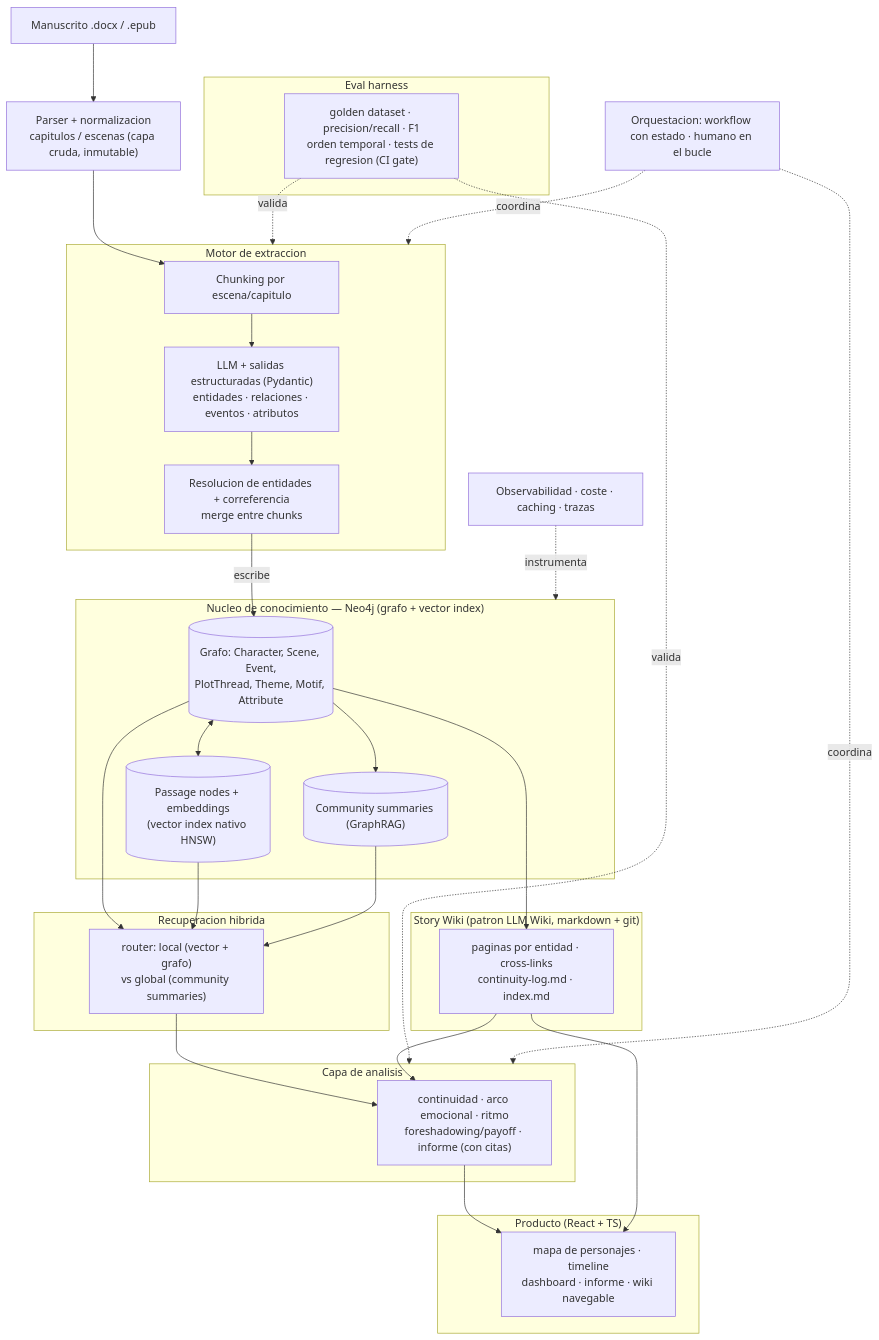
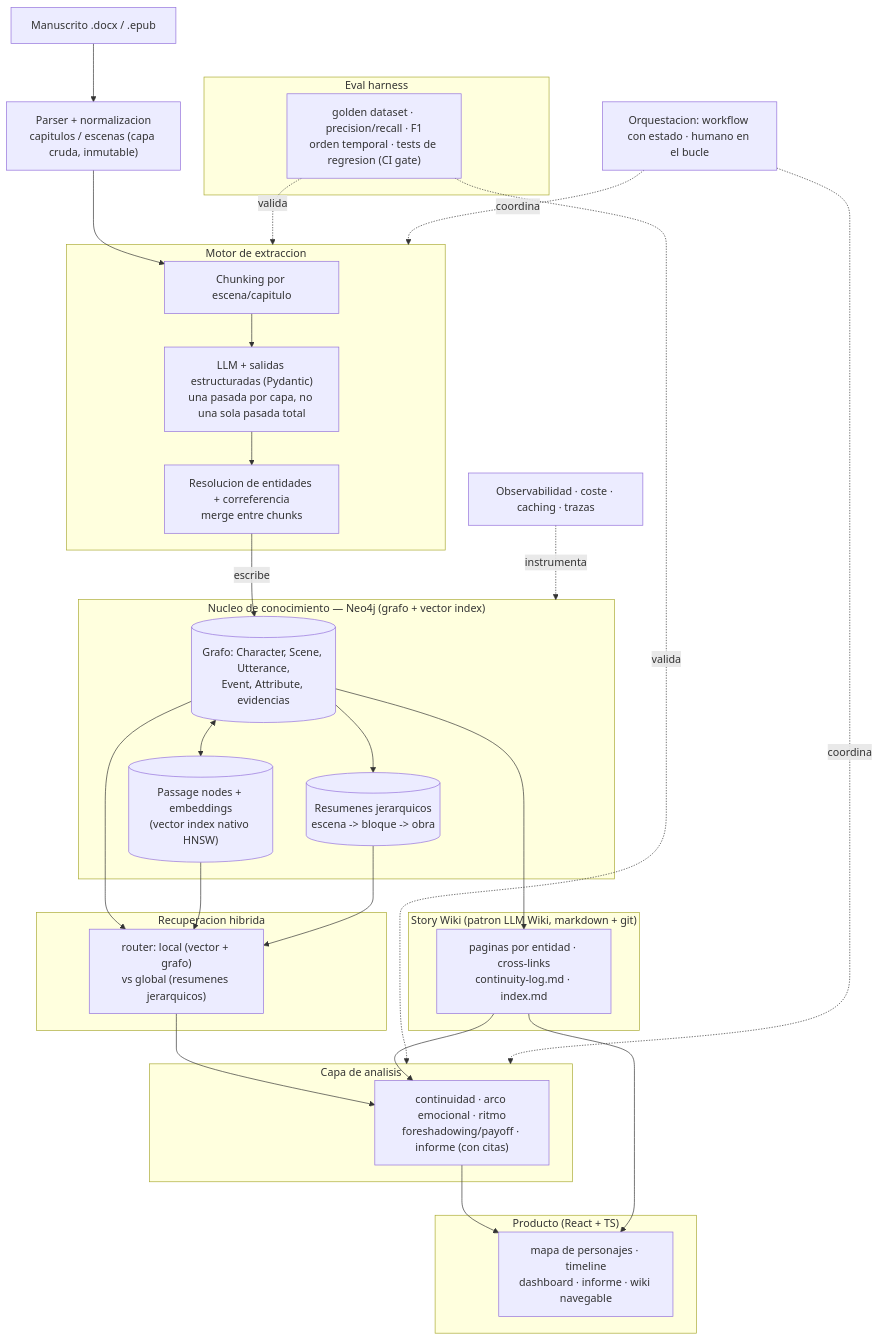
Before and after one commit to e2tovar/mvp-loom: the diagram in README.md, drawn with Mermaid. The commit also changed other lines of this file and 4 other files, not shown here.

````diff
--- a/README.md
+++ b/README.md
@@ -45,45 +45,45 @@
 ```mermaid
 flowchart TB
     A["Manuscrito .docx / .epub"] --> B["Parser + normalizacion<br/>capitulos / escenas (capa cruda, inmutable)"]
     B --> C["Chunking por escena/capitulo"]
     subgraph EXT["Motor de extraccion"]
-        C --> D["LLM + salidas estructuradas (Pydantic)<br/>entidades · relaciones · eventos · atributos"]
+        C --> D["LLM + salidas estructuradas (Pydantic)<br/>una pasada por capa, no una sola pasada total"]
         D --> E["Resolucion de entidades + correferencia<br/>merge entre chunks"]
     end
     subgraph CORE["Nucleo de conocimiento — Neo4j (grafo + vector index)"]
-        G[("Grafo: Character, Scene, Event,<br/>PlotThread, Theme, Motif, Attribute")]
+        G[("Grafo: Character, Scene, Utterance,<br/>Event, Attribute, evidencias")]
         V[("Passage nodes + embeddings<br/>(vector index nativo HNSW)")]
-        CS[("Community summaries (GraphRAG)")]
+        CS[("Resumenes jerarquicos<br/>escena -> bloque -> obra")]
         G <--> V
         G --> CS
     end
     E -->|escribe| G
     subgraph WIKI["Story Wiki (patron LLM Wiki, markdown + git)"]
         W["paginas por entidad · cross-links<br/>continuity-log.md · index.md"]
     end
     G --> W
     subgraph RET["Recuperacion hibrida"]
-        R["router: local (vector + grafo)<br/>vs global (community summaries)"]
+        R["router: local (vector + grafo)<br/>vs global (resumenes jerarquicos)"]
     end
     G --> R
     V --> R
     CS --> R
     subgraph ANA["Capa de analisis"]
         AN["continuidad · arco emocional · ritmo<br/>foreshadowing/payoff · informe (con citas)"]
     end
     R --> AN
     W --> AN
     subgraph EVAL["Eval harness"]
         EM["golden dataset · precision/recall · F1<br/>orden temporal · tests de regresion (CI gate)"]
     end
     EM -.valida.-> EXT
     EM -.valida.-> ANA
     subgraph UIP["Producto (React + TS)"]
         P["mapa de personajes · timeline<br/>dashboard · informe · wiki navegable"]
     end
     AN --> P
     W --> P
     ORQ["Orquestacion: workflow con estado · humano en el bucle"] -.coordina.-> EXT
     ORQ -.coordina.-> ANA
     OBS["Observabilidad · coste · caching · trazas"] -.instrumenta.-> CORE
 ```
````
